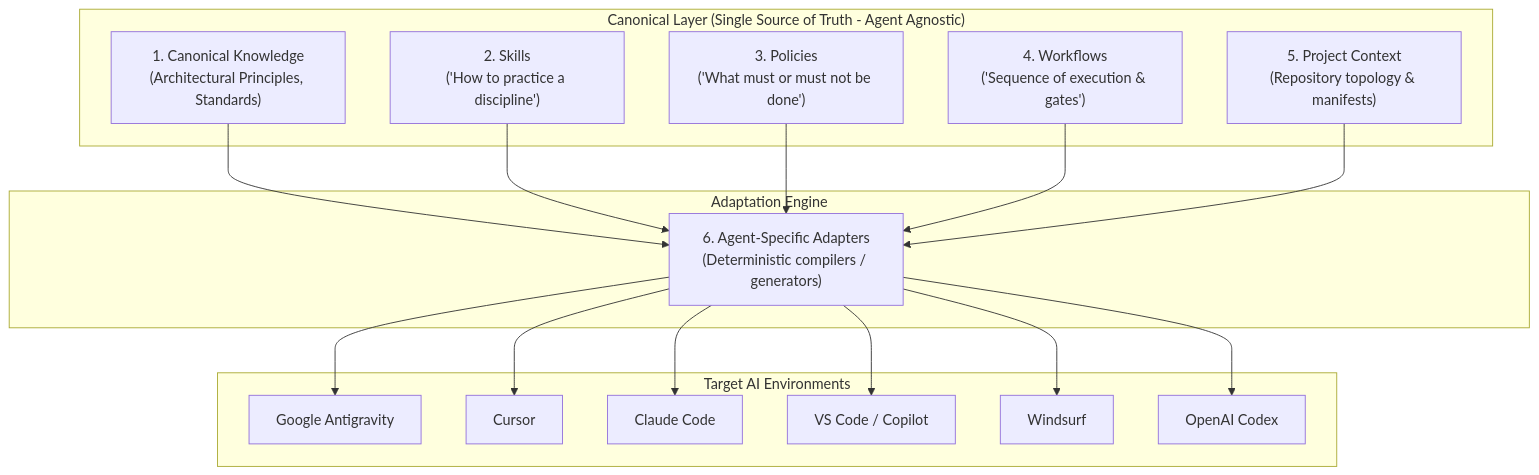
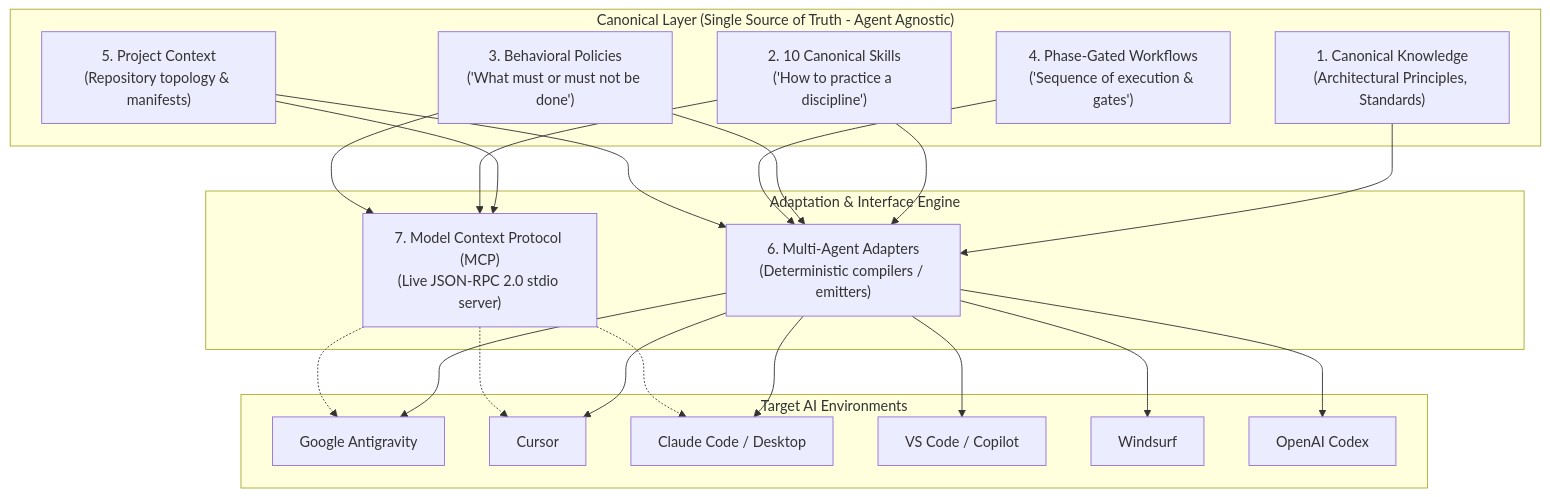
The second of 2 diagrams in ARCHITECTURE.md (sagarithm/sagarithm-kit), drawn with Mermaid before and after one commit. The commit also changed other lines of this file and 3 other files, not shown here.

Commit message:
docs: synchronize README, ARCHITECTURE, CLI and skills documentation for v1.1.1 release

````diff
--- a/ARCHITECTURE.md
+++ b/ARCHITECTURE.md
@@ -122,36 +127,45 @@
 ```mermaid
 graph TD
     subgraph Canonical["Canonical Layer (Single Source of Truth - Agent Agnostic)"]
         K["1. Canonical Knowledge<br/>(Architectural Principles, Standards)"]
-        S["2. Skills<br/>('How to practice a discipline')"]
-        P["3. Policies<br/>('What must or must not be done')"]
-        W["4. Workflows<br/>('Sequence of execution & gates')"]
+        S["2. 10 Canonical Skills<br/>('How to practice a discipline')"]
+        P["3. Behavioral Policies<br/>('What must or must not be done')"]
+        W["4. Phase-Gated Workflows<br/>('Sequence of execution & gates')"]
         C["5. Project Context<br/>(Repository topology & manifests)"]
     end
 
-    subgraph Engine["Adaptation Engine"]
-        A["6. Agent-Specific Adapters<br/>(Deterministic compilers / generators)"]
+    subgraph Engine["Adaptation & Interface Engine"]
+        A["6. Multi-Agent Adapters<br/>(Deterministic compilers / emitters)"]
+        M["7. Model Context Protocol (MCP)<br/>(Live JSON-RPC 2.0 stdio server)"]
     end
 
     subgraph Targets["Target AI Environments"]
         T1["Google Antigravity"]
         T2["Cursor"]
-        T3["Claude Code"]
+        T3["Claude Code / Desktop"]
         T4["VS Code / Copilot"]
         T5["Windsurf"]
         T6["OpenAI Codex"]
     end
 
     K --> A
     S --> A
     P --> A
     W --> A
     C --> A
 
+    C --> M
+    S --> M
+    P --> M
+
     A --> T1
     A --> T2
     A --> T3
     A --> T4
     A --> T5
     A --> T6
+
+    M -.-> T1
+    M -.-> T2
+    M -.-> T3
 ```
````
